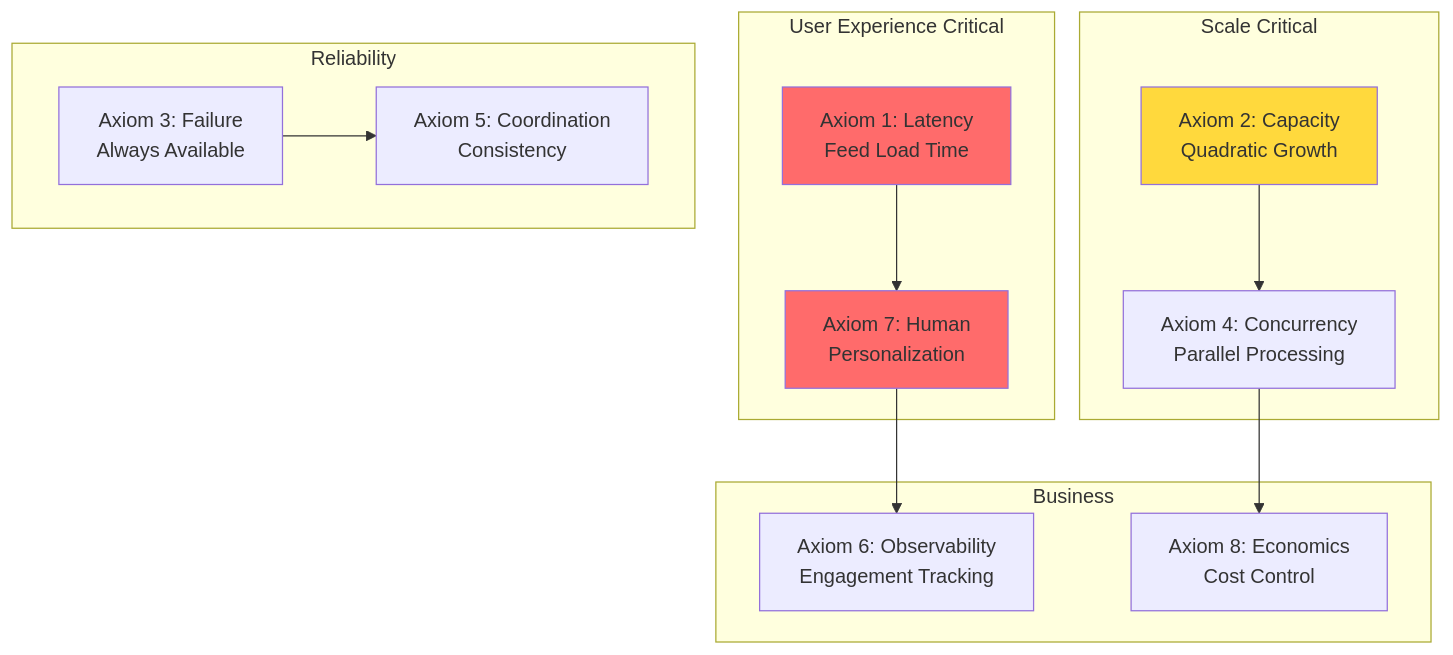
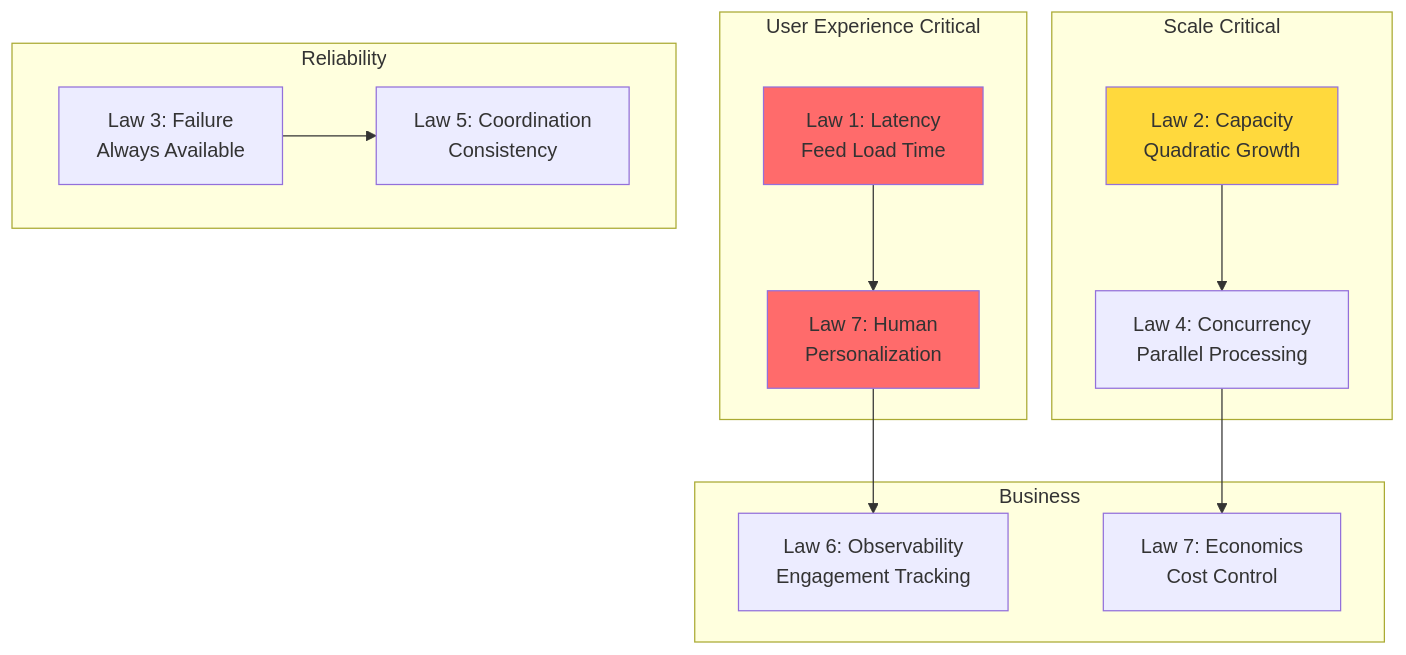
The fourth of 10 diagrams in docs/case-studies/news-feed.md (deepaucksharma/DStudio), drawn with Mermaid before and after one commit. The commit also changed other lines of this file and 470 other files, not shown here.

````diff
--- a/docs/case-studies/news-feed.md
+++ b/docs/case-studies/news-feed.md
@@ -946,32 +946,32 @@
 ```mermaid
 graph TB
     subgraph "User Experience Critical"
-        A1[Axiom 1: Latency<br/>Feed Load Time]
-        A7[Axiom 7: Human<br/>Personalization]
+        A1[Law 1: Latency<br/>Feed Load Time]
+        A7[Law 7: Human<br/>Personalization]
     end
     
     subgraph "Scale Critical"
-        A2[Axiom 2: Capacity<br/>Quadratic Growth]
-        A4[Axiom 4: Concurrency<br/>Parallel Processing]
+        A2[Law 2: Capacity<br/>Quadratic Growth]
+        A4[Law 4: Concurrency<br/>Parallel Processing]
     end
     
     subgraph "Reliability"
-        A3[Axiom 3: Failure<br/>Always Available]
-        A5[Axiom 5: Coordination<br/>Consistency]
+        A3[Law 3: Failure<br/>Always Available]
+        A5[Law 5: Coordination<br/>Consistency]
     end
     
     subgraph "Business"
-        A6[Axiom 6: Observability<br/>Engagement Tracking]
-        A8[Axiom 8: Economics<br/>Cost Control]
+        A6[Law 6: Observability<br/>Engagement Tracking]
+        A8[Law 7: Economics<br/>Cost Control]
     end
     
     A1 --> A7
     A2 --> A4
     A3 --> A5
     A7 --> A6
     A4 --> A8
     
     style A1 fill:#ff6b6b
     style A7 fill:#ff6b6b
     style A2 fill:#ffd93d
 ```
````
